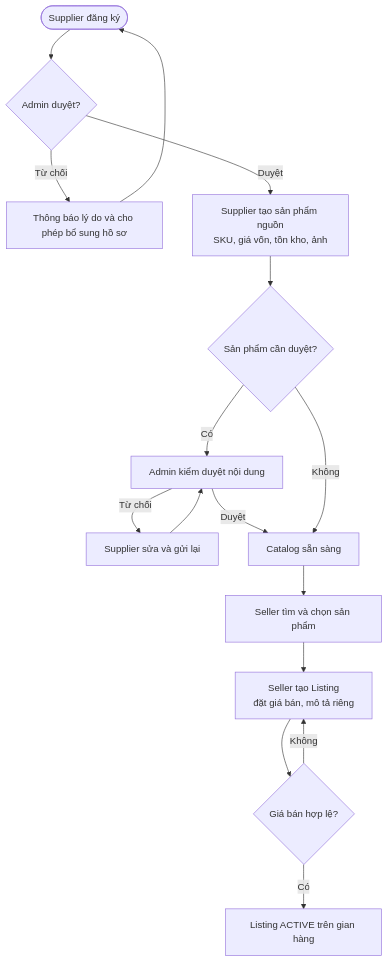
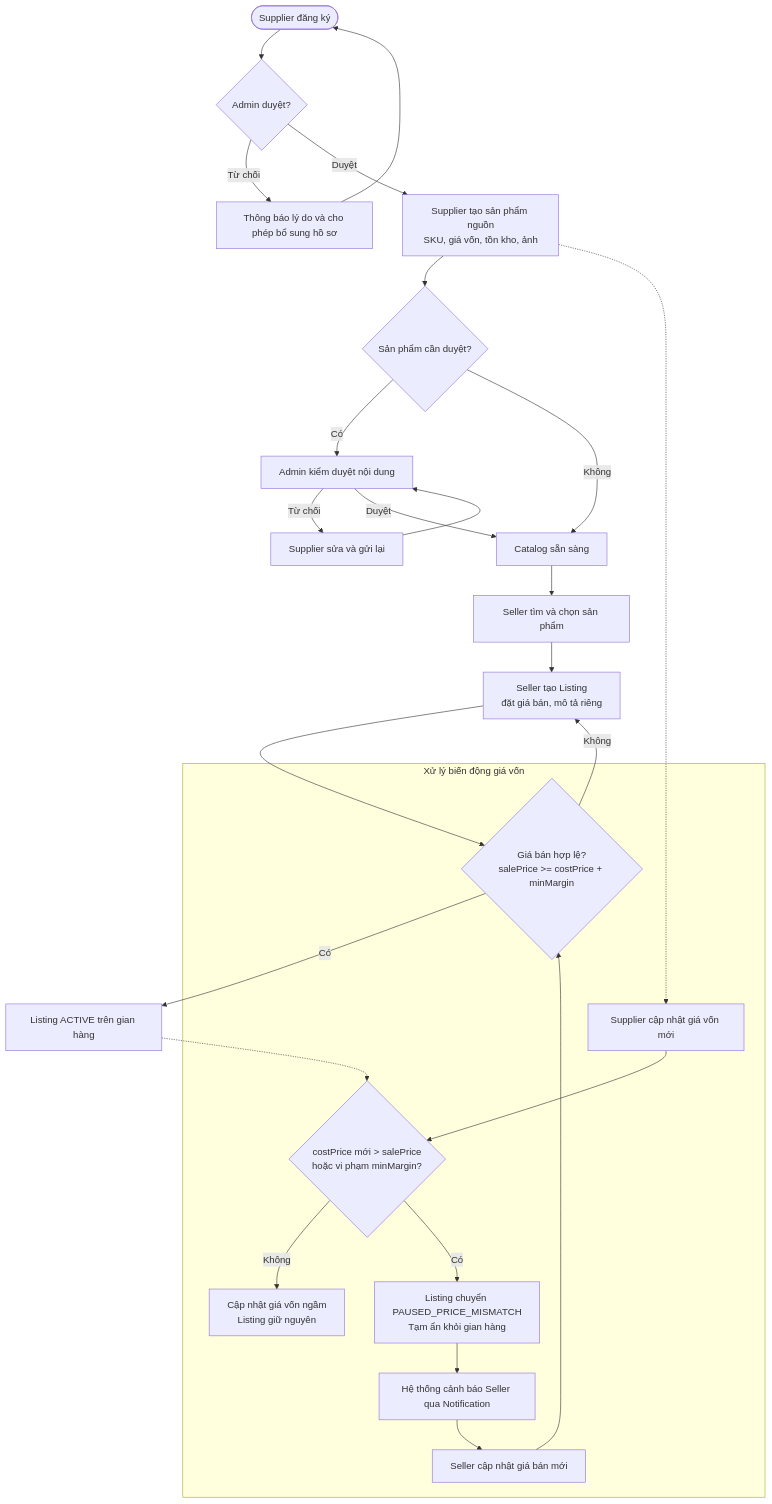
One commit to NguyenVoLyDo/Project-XD-and-PTPM changed the diagram in docs/mermaid/02-onboarding-listing.mmd. Above: the diagram before and after it, drawn with Mermaid. The commit also changed 3 other files, not shown here.

Commit message:
docs: update workflows for cost price change, stock reservation timingm, and COD return handling

```diff
--- a/docs/mermaid/02-onboarding-listing.mmd
+++ b/docs/mermaid/02-onboarding-listing.mmd
@@ -1,16 +1,27 @@
 flowchart TD
   A([Supplier đăng ký]) --> B{Admin duyệt?}
   B -- Từ chối --> BR[Thông báo lý do và cho phép bổ sung hồ sơ]
   BR --> A
   B -- Duyệt --> C[Supplier tạo sản phẩm nguồn\nSKU, giá vốn, tồn kho, ảnh]
   C --> D{Sản phẩm cần duyệt?}
   D -- Có --> E[Admin kiểm duyệt nội dung]
   E -- Từ chối --> EF[Supplier sửa và gửi lại]
   EF --> E
   E -- Duyệt --> F[Catalog sẵn sàng]
   D -- Không --> F
   F --> G[Seller tìm và chọn sản phẩm]
   G --> H[Seller tạo Listing\nđặt giá bán, mô tả riêng]
-  H --> I{Giá bán hợp lệ?}
+  H --> I{Giá bán hợp lệ?\nsalePrice >= costPrice + minMargin}
   I -- Không --> H
   I -- Có --> J[Listing ACTIVE trên gian hàng]
+
+  subgraph PriceChange[Xử lý biến động giá vốn]
+    K[Supplier cập nhật giá vốn mới] --> L{costPrice mới > salePrice\nhoặc vi phạm minMargin?}
+    L -- Không --> M[Cập nhật giá vốn ngầm\nListing giữ nguyên]
+    L -- Có --> N[Listing chuyển PAUSED_PRICE_MISMATCH\nTạm ẩn khỏi gian hàng]
+    N --> O[Hệ thống cảnh báo Seller qua Notification]
+    O --> P[Seller cập nhật giá bán mới]
+    P --> I
+  end
+  C -.-> K
+  J -.-> L
```
